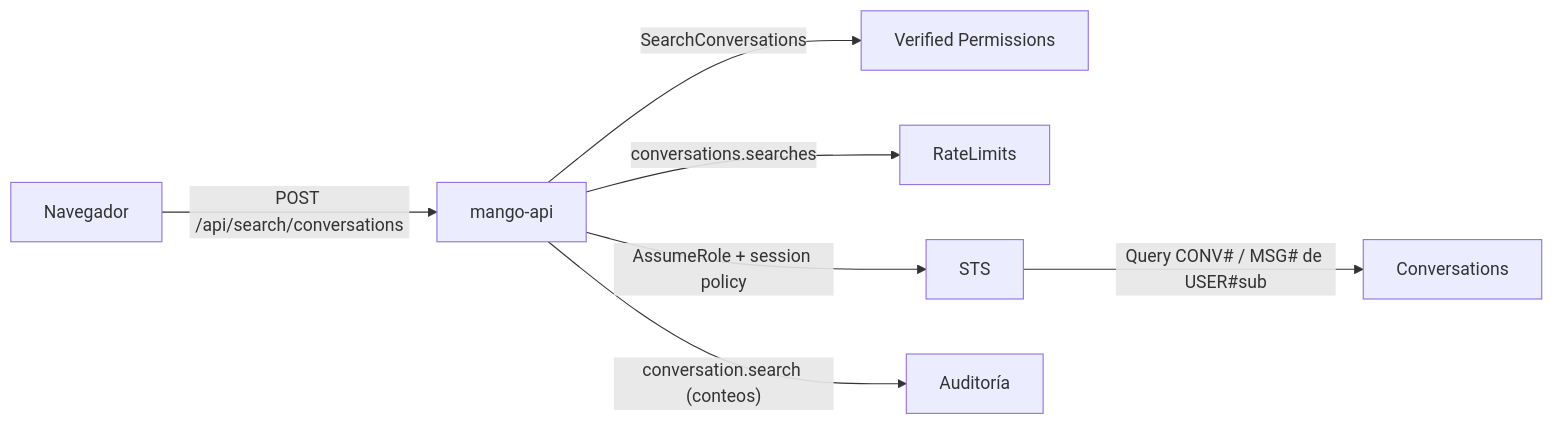
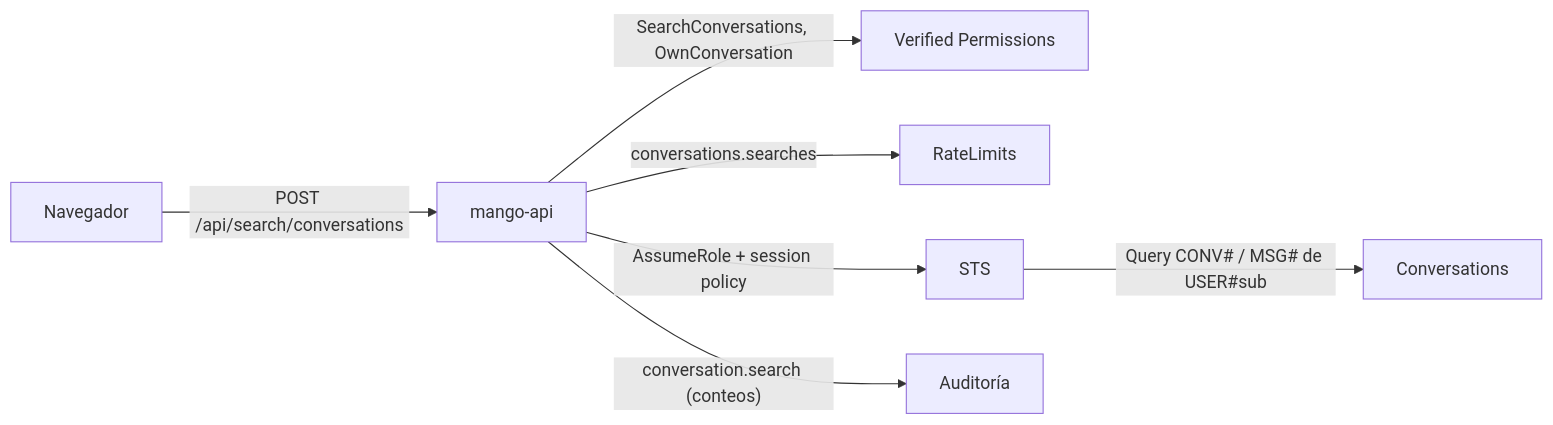
Before and after one commit to jhonmezaa/mango: the diagram in docs/security/threat-models/conversation-search-threat-model.md, drawn with Mermaid. The commit also changed other lines of this file and 13 other files, not shown here.

First line of the commit message:
feat(chat): decide OwnConversation on the conversation routes

````diff
--- a/docs/security/threat-models/conversation-search-threat-model.md
+++ b/docs/security/threat-models/conversation-search-threat-model.md
@@ -53,9 +54,9 @@
 ```mermaid
 flowchart LR
   B["Navegador"] -->|"POST /api/search/conversations"| A["mango-api"]
-  A -->|"SearchConversations"| V["Verified Permissions"]
+  A -->|"SearchConversations, OwnConversation"| V["Verified Permissions"]
   A -->|"conversations.searches"| L["RateLimits"]
   A -->|"AssumeRole + session policy"| S["STS"]
   S -->|"Query CONV# / MSG# de USER#sub"| C["Conversations"]
   A -->|"conversation.search (conteos)"| F["Auditoría"]
 ```
````
